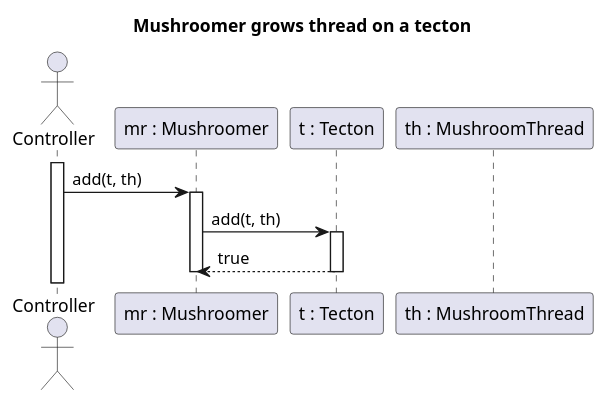
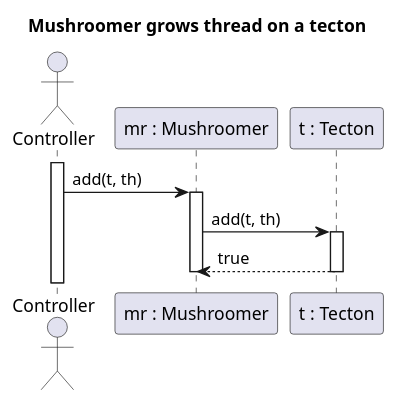
The diagram in 5/sequences/growThread.puml (Petya-G/fungorium), drawn with PlantUML before and after one commit.

Commit message:
growThread sequence v2

```diff
--- a/5/sequences/growThread.puml
+++ b/5/sequences/growThread.puml
@@ -1,20 +1,19 @@
 @startuml growThread
 title Mushroomer grows thread on a tecton
 
 actor Controller
 participant "mr : Mushroomer" as MR
 participant "t : Tecton" as T
-participant "th : MushroomThread" as TH
 
 activate Controller
 Controller -> MR : add(t, th)
 activate MR
 
 MR -> T : add(t, th)
 activate T
 
 MR <-- T : true
 deactivate T
 
 deactivate MR
 @enduml
```
